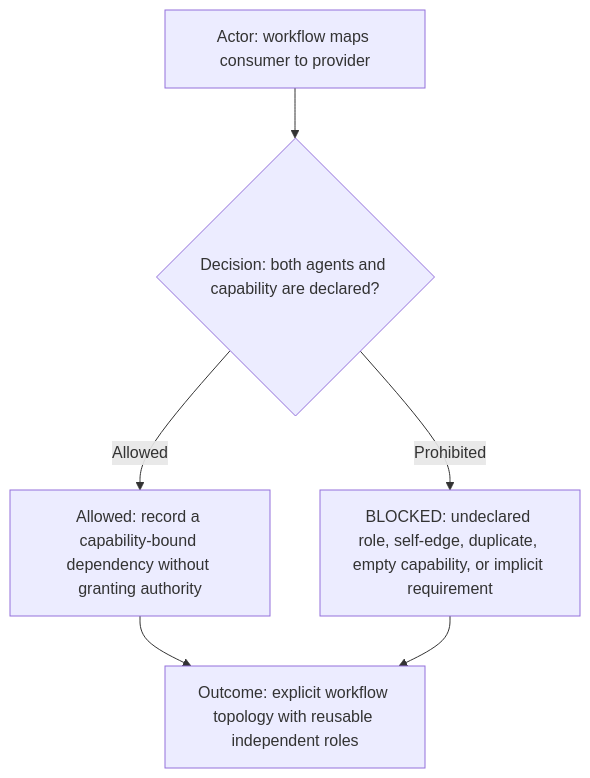
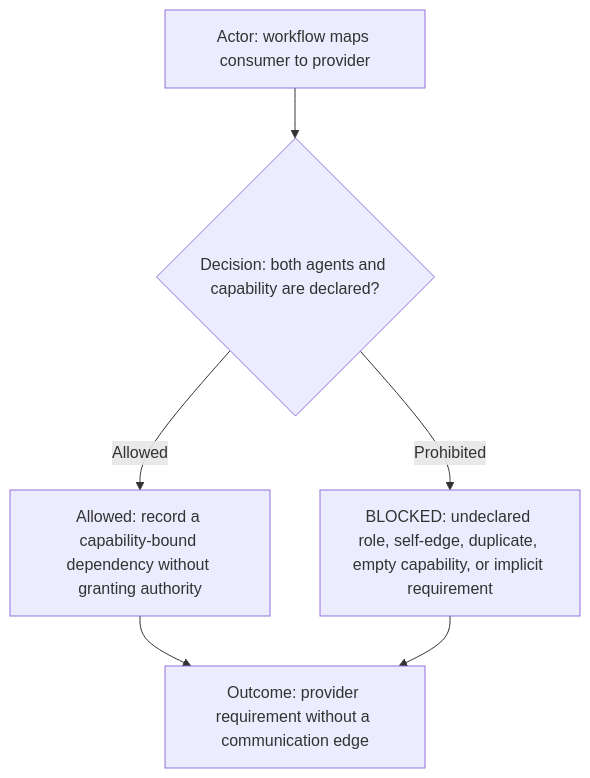
One commit to starodubtsevconsulting/ai-fleas changed the second of 3 diagrams in ai-workflows/_common/policy/access-matrix.md. Above: the diagram before and after it, drawn with Mermaid. The commit also changed other lines of this file and 3 other files, not shown here.

````diff
--- a/ai-workflows/_common/policy/access-matrix.md
+++ b/ai-workflows/_common/policy/access-matrix.md
@@ -77,8 +38,8 @@
 ```mermaid
 flowchart TD
   Actor["Actor: workflow maps consumer to provider"] --> Decision{"Decision: both agents and capability are declared?"}
   Decision -->|Allowed| Route["Allowed: record a capability-bound dependency without granting authority"]
   Decision -->|Prohibited| Blocked["BLOCKED: undeclared role, self-edge, duplicate, empty capability, or implicit requirement"]
-  Route --> Outcome["Outcome: explicit workflow topology with reusable independent roles"]
+  Route --> Outcome["Outcome: provider requirement without a communication edge"]
   Blocked --> Outcome
 ```
````
